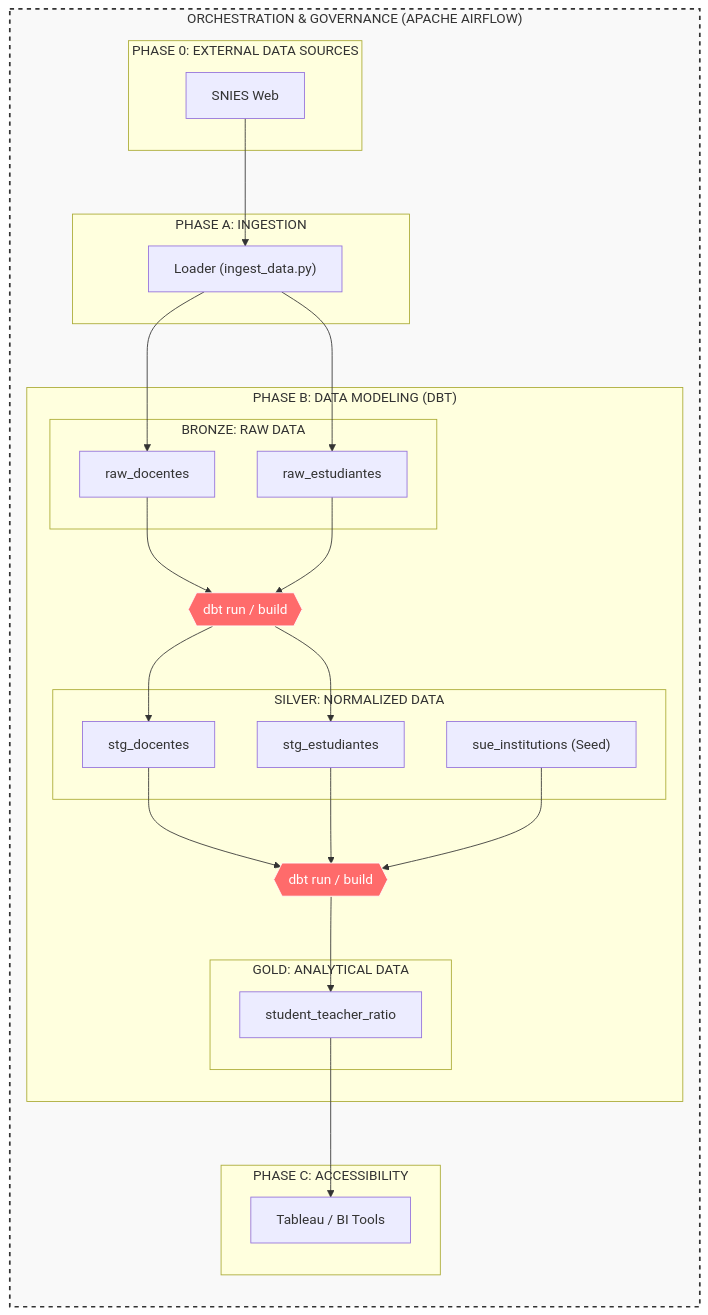
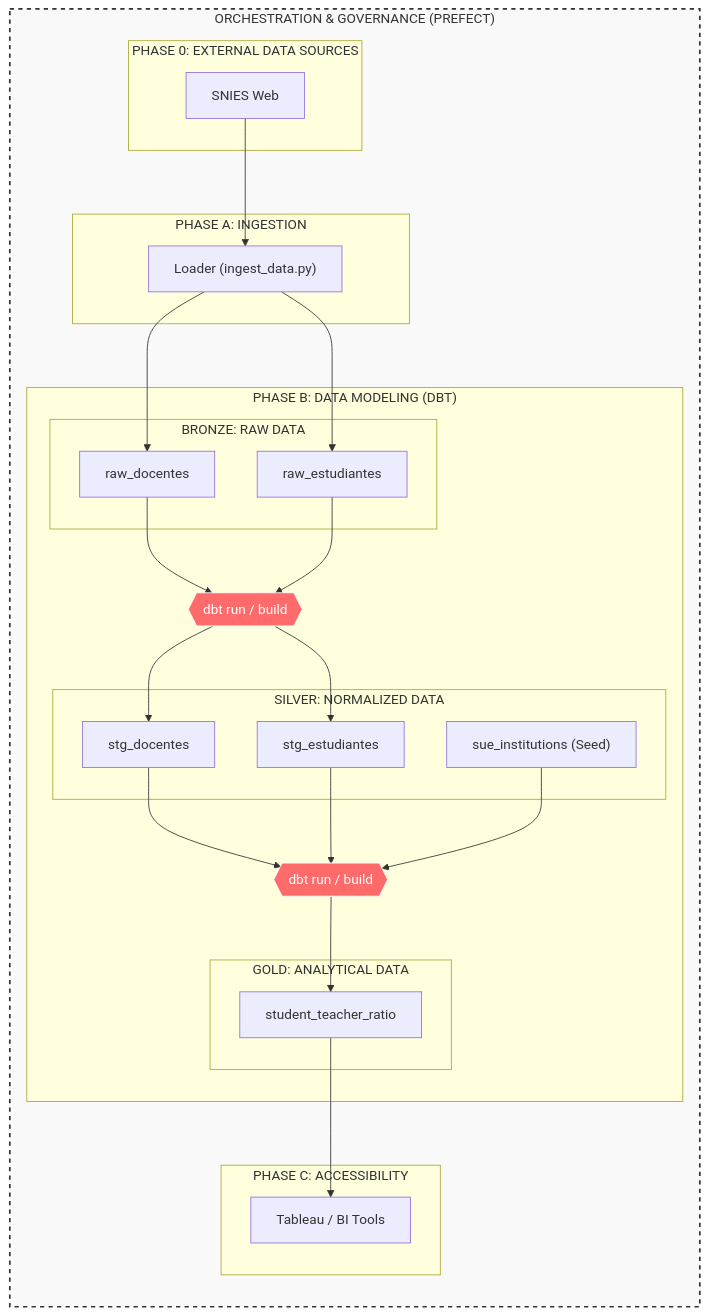
Before and after one commit to dicrojasch/snies-challenge: the diagram in architecture_diagram.md, drawn with Mermaid. The commit also changed 6 other files, not shown here.

Commit message:
docs: add used prompts and fix diagram

````diff
--- a/architecture_diagram.md
+++ b/architecture_diagram.md
@@ -3,60 +3,60 @@
 ```mermaid
 graph TD
     %% Orchestration Layer
-    subgraph Orchestration ["ORCHESTRATION & GOVERNANCE (APACHE AIRFLOW)"]
+    subgraph Orchestration ["ORCHESTRATION & GOVERNANCE (PREFECT)"]
         direction TB
         
         subgraph External_Sources ["PHASE 0: EXTERNAL DATA SOURCES"]
             Web2023["SNIES Web"]
         end
 
         subgraph Phase_A ["PHASE A: INGESTION"]
             Loader["Loader (ingest_data.py)"]
         end
 
         subgraph Phase_B ["PHASE B: DATA MODELING (DBT)"]
             
             subgraph Bronze_Layer ["BRONZE: RAW DATA"]
                 table_docentes["raw_docentes"]
                 table_estudiantes["raw_estudiantes"]
             end
 
             dbt_transform_silver{{"dbt run / build"}}
 
             subgraph Silver_Layer ["SILVER: NORMALIZED DATA"]
                 stg_docentes["stg_docentes"]
                 stg_estudiantes["stg_estudiantes"]
                 sue_seed["sue_institutions (Seed)"]
             end
 
             dbt_transform_gold{{"dbt run / build"}}
 
             subgraph Gold_Layer ["GOLD: ANALYTICAL DATA"]
                 final_metrics["student_teacher_ratio"]
             end
         end
 
         subgraph Consumption ["PHASE C: ACCESSIBILITY"]
             BI["Tableau / BI Tools"]
         end
     end
 
     %% Data Flow & Orchestration Links
     Web2023 --> Loader
     Loader --> table_docentes
     Loader --> table_estudiantes
 
     %% DBT Transitions
     table_docentes & table_estudiantes --> dbt_transform_silver
     dbt_transform_silver --> stg_docentes & stg_estudiantes
     
     stg_docentes & stg_estudiantes & sue_seed --> dbt_transform_gold
     dbt_transform_gold --> final_metrics
 
     final_metrics --> BI
 
     %% Styling
     style Orchestration fill:#f9f9f9,stroke:#333,stroke-width:2px,stroke-dasharray: 5 5
     style dbt_transform_silver fill:#ff6b6b,stroke:#fff,color:#fff
     style dbt_transform_gold fill:#ff6b6b,stroke:#fff,color:#fff
 ```
````
